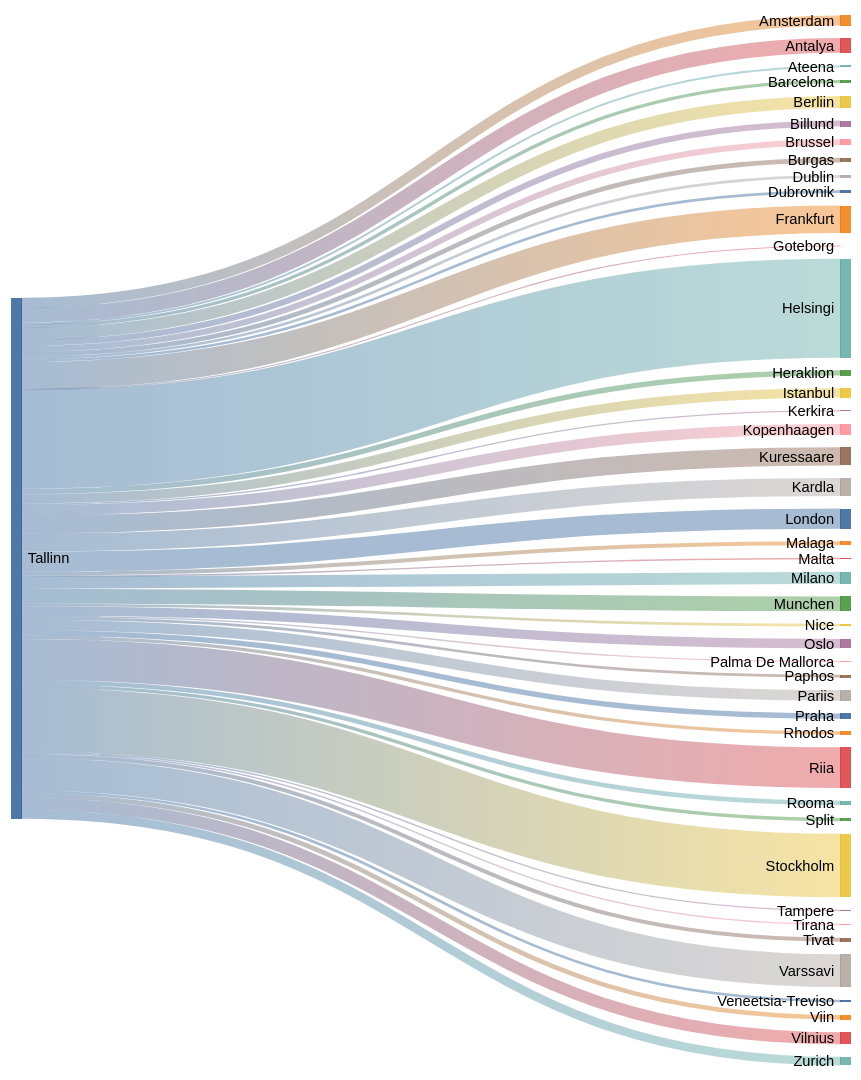
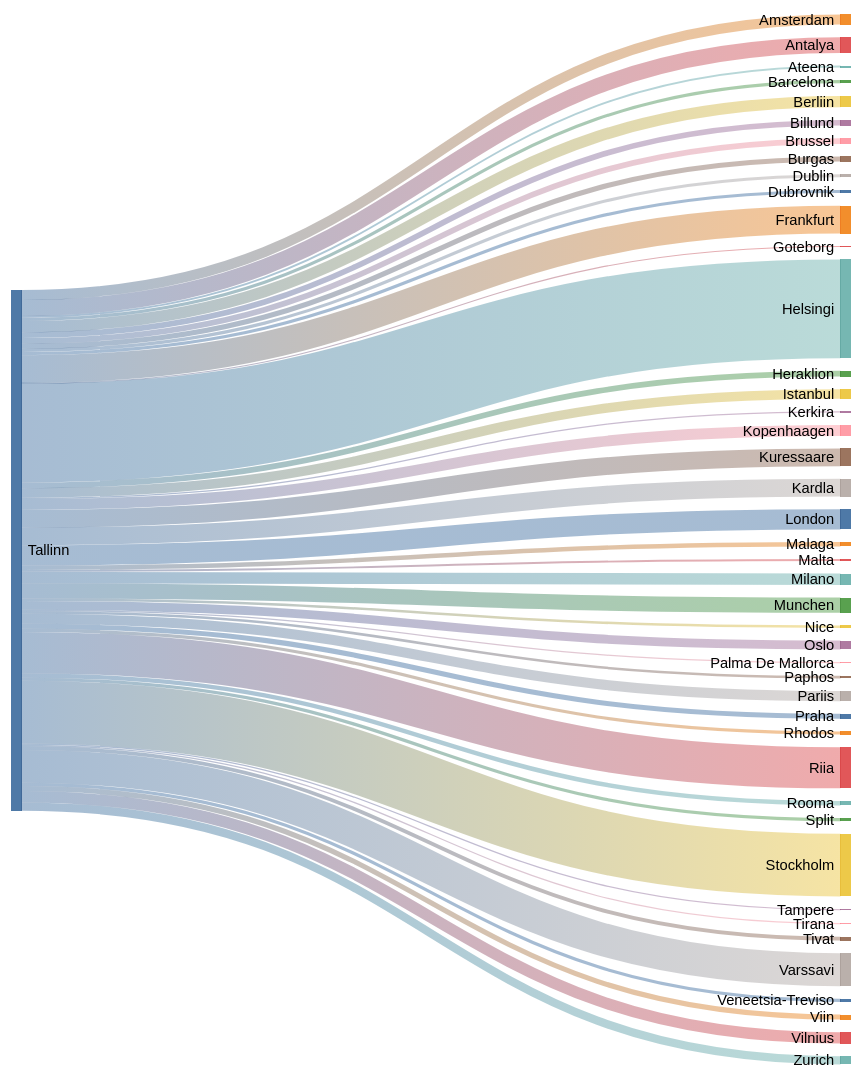
One commit to rainermesi/tll-airport-departures changed the second of 2 diagrams in README.md. Above: the diagram before and after it, drawn with Mermaid (neutral theme). The commit also changed other lines of this file, not shown here.

````diff
--- a/README.md
+++ b/README.md
@@ -34,56 +34,56 @@
 ```mermaid
 ---
 config:
   sankey:
     showValues: false
     width: 800
     height: 1000
 ---
 sankey-beta
 %% source,target,value
-Tallinn,Amsterdam,15
-Tallinn,Antalya,22
+Tallinn,Amsterdam,16
+Tallinn,Antalya,25
 Tallinn,Ateena,3
 Tallinn,Barcelona,5
 Tallinn,Berliin,18
 Tallinn,Billund,9
 Tallinn,Brussel,9
-Tallinn,Burgas,7
-Tallinn,Dublin,4
-Tallinn,Dubrovnik,4
-Tallinn,Frankfurt,41
+Tallinn,Burgas,8
+Tallinn,Dublin,5
+Tallinn,Dubrovnik,5
+Tallinn,Frankfurt,44
 Tallinn,Goteborg,1
-Tallinn,Helsingi,148
-Tallinn,Heraklion,8
-Tallinn,Istanbul,14
+Tallinn,Helsingi,156
+Tallinn,Heraklion,9
+Tallinn,Istanbul,15
 Tallinn,Kerkira,2
-Tallinn,Kopenhaagen,16
-Tallinn,Kuressaare,27
-Tallinn,Kardla,27
-Tallinn,London,30
-Tallinn,Malaga,6
-Tallinn,Malta,2
+Tallinn,Kopenhaagen,17
+Tallinn,Kuressaare,28
+Tallinn,Kardla,28
+Tallinn,London,32
+Tallinn,Malaga,7
+Tallinn,Malta,3
 Tallinn,Milano,18
-Tallinn,Munchen,22
+Tallinn,Munchen,24
 Tallinn,Nice,4
 Tallinn,Oslo,14
 Tallinn,Palma De Mallorca,2
 Tallinn,Paphos,4
 Tallinn,Pariis,16
 Tallinn,Praha,8
 Tallinn,Rhodos,5
-Tallinn,Riia,61
+Tallinn,Riia,65
 Tallinn,Rooma,7
 Tallinn,Split,5
-Tallinn,Stockholm,95
+Tallinn,Stockholm,99
 Tallinn,Tampere,2
 Tallinn,Tirana,2
 Tallinn,Tivat,6
-Tallinn,Varssavi,49
-Tallinn,Veneetsia-Treviso,4
-Tallinn,Viin,7
+Tallinn,Varssavi,52
+Tallinn,Veneetsia-Treviso,5
+Tallinn,Viin,8
 Tallinn,Vilnius,18
 Tallinn,Zurich,13
 
 
 ```
````
